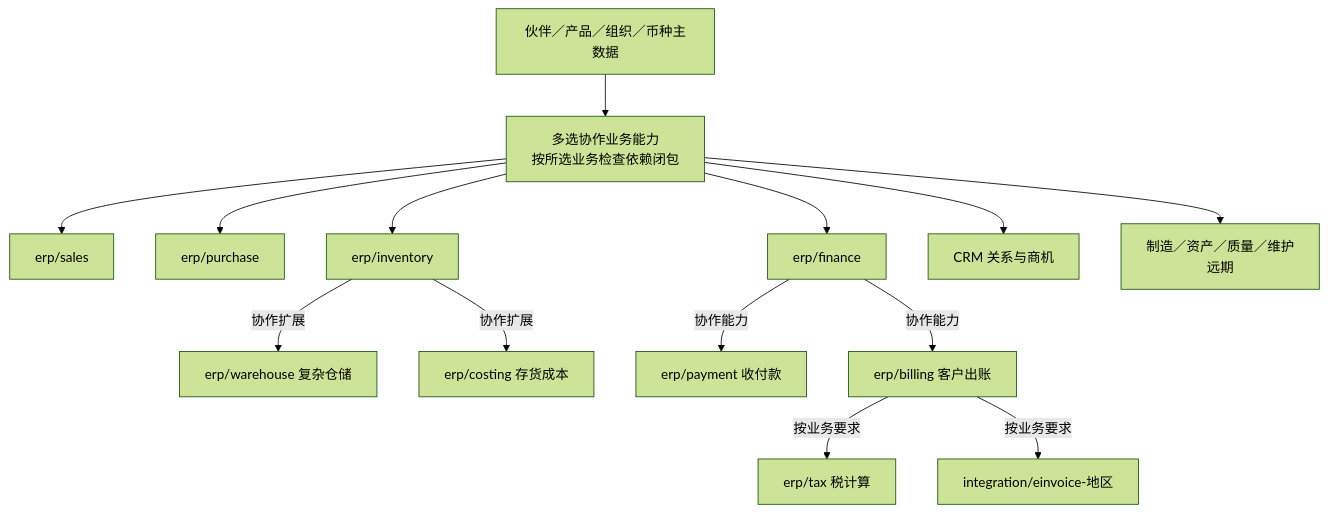
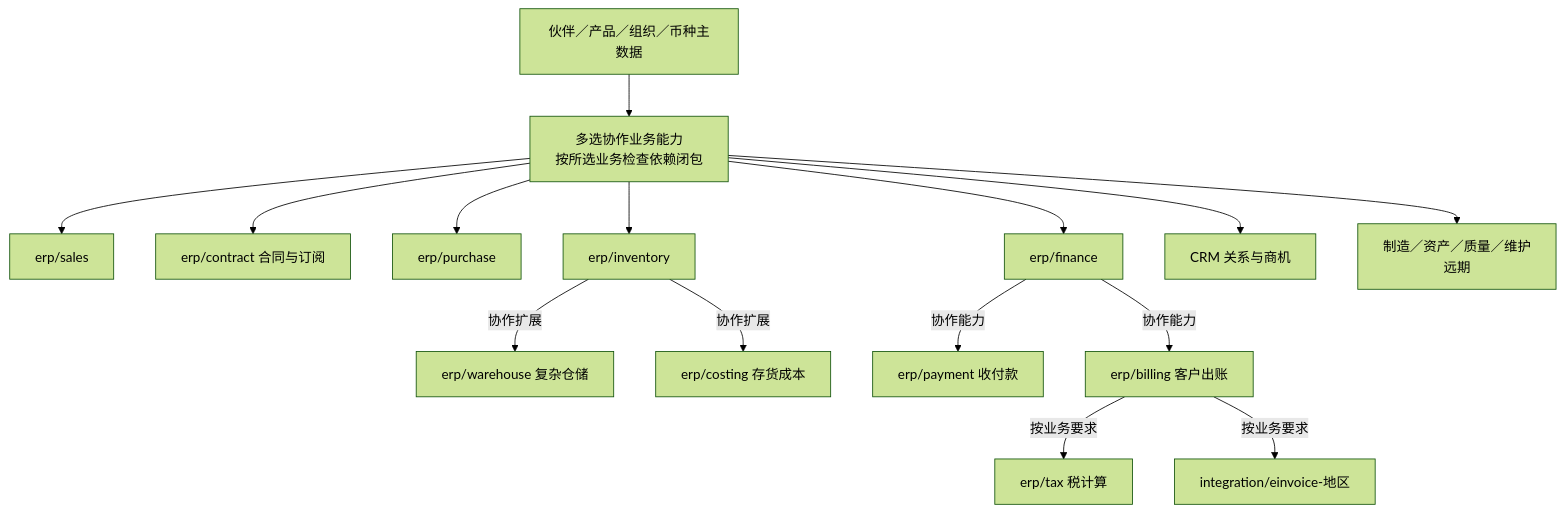
One commit to brickKit/be-assembly-standard changed the second of 3 diagrams in tempDocs/final/00-overview/04-selection.md. Above: the diagram before and after it, drawn with Mermaid (forest theme). The commit also changed other lines of this file and 12 other files, not shown here.

First line of the commit message:
docs(tempDocs): 决定 D70（合同与订阅由新组件 erp/contract 拥有）

````diff
--- a/tempDocs/final/00-overview/04-selection.md
+++ b/tempDocs/final/00-overview/04-selection.md
@@ -40,16 +40,17 @@
 ```mermaid
 flowchart TB
     P[伙伴／产品／组织／币种主数据] --> B[多选协作业务能力<br/>按所选业务检查依赖闭包]
     B --> SAL[erp/sales]
+    B --> CT[erp/contract 合同与订阅]
     B --> PUR[erp/purchase]
     B --> INV[erp/inventory]
     B --> FIN[erp/finance]
     B --> CRM[CRM 关系与商机]
     B --> EX[制造／资产／质量／维护<br/>远期]
     INV -->|协作扩展| W[erp/warehouse 复杂仓储]
     INV -->|协作扩展| CO[erp/costing 存货成本]
     FIN -->|协作能力| PAY[erp/payment 收付款]
     FIN -->|协作能力| BILL[erp/billing 客户出账]
     BILL -->|按业务要求| TAX[erp/tax 税计算]
     BILL -->|按业务要求| EI[integration/einvoice-地区]
 ```
````
